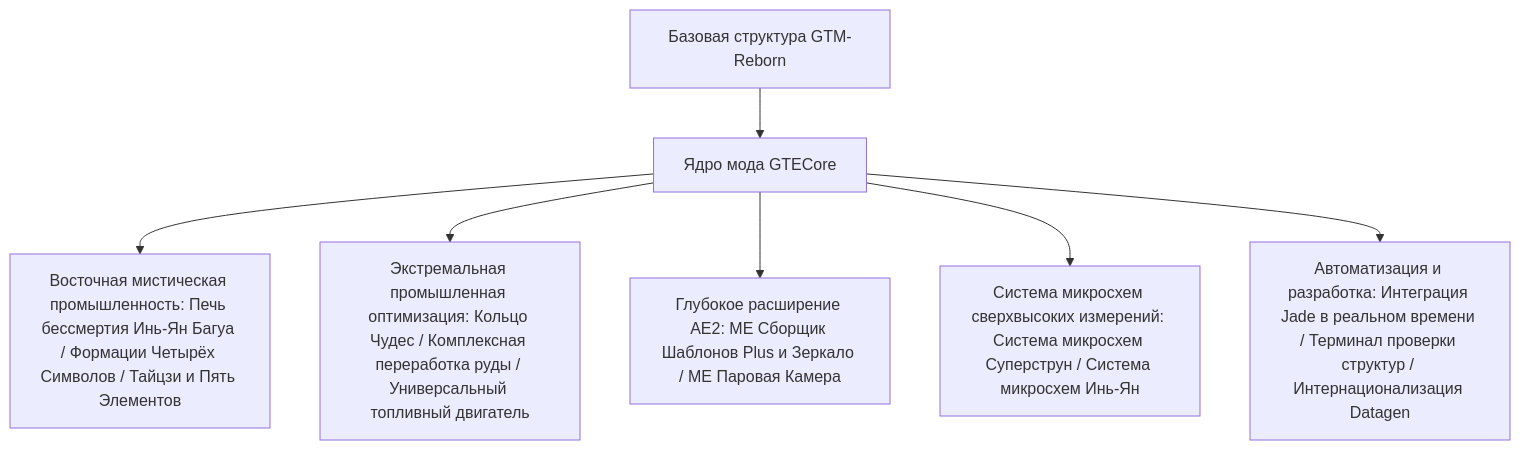
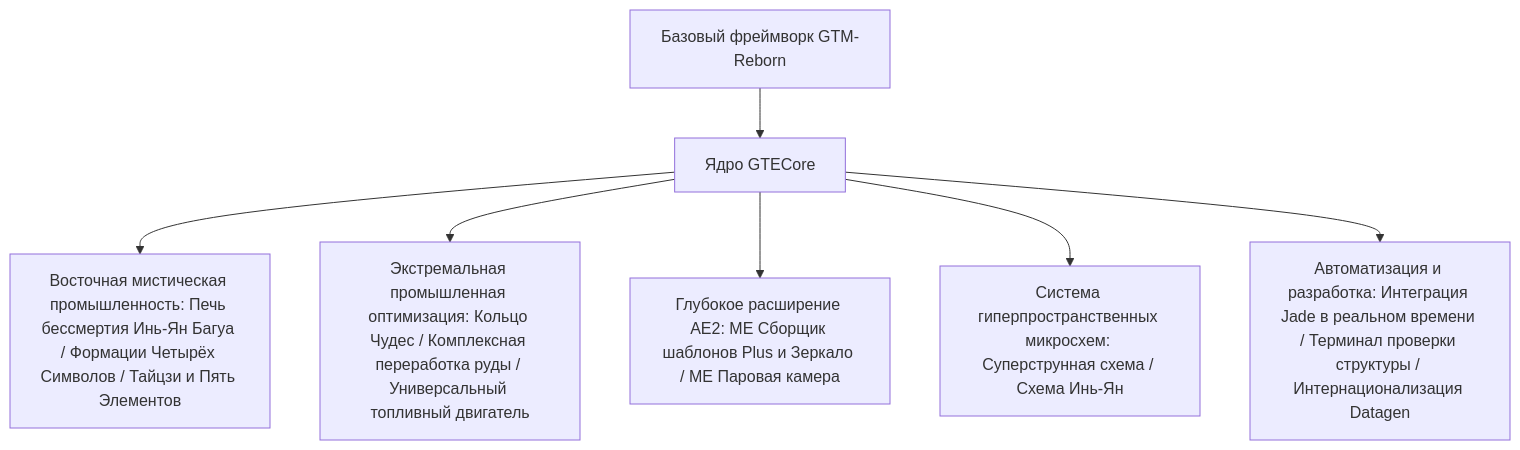
Before and after one commit to takanashisatou/GregtechEasy: the diagram in docs/ru/gtecore/overview.md, drawn with Mermaid. The commit also changed other lines of this file and 138 other files, not shown here.

````diff
--- a/docs/ru/gtecore/overview.md
+++ b/docs/ru/gtecore/overview.md
@@ -9,9 +9,9 @@
 ```mermaid
 graph TD
-    A[Базовая структура GTM-Reborn] --> B[Ядро мода GTECore]
+    A[Базовый фреймворк GTM-Reborn] --> B[Ядро GTECore]
     B --> C[Восточная мистическая промышленность: Печь бессмертия Инь-Ян Багуа / Формации Четырёх Символов / Тайцзи и Пять Элементов]
     B --> D[Экстремальная промышленная оптимизация: Кольцо Чудес / Комплексная переработка руды / Универсальный топливный двигатель]
-    B --> E[Глубокое расширение AE2: ME Сборщик Шаблонов Plus и Зеркало / ME Паровая Камера]
-    B --> F[Система микросхем сверхвысоких измерений: Система микросхем Суперструн / Система микросхем Инь-Ян]
-    B --> G[Автоматизация и разработка: Интеграция Jade в реальном времени / Терминал проверки структур / Интернационализация Datagen]
+    B --> E[Глубокое расширение AE2: ME Сборщик шаблонов Plus и Зеркало / ME Паровая камера]
+    B --> F[Система гиперпространственных микросхем: Суперструнная схема / Схема Инь-Ян]
+    B --> G[Автоматизация и разработка: Интеграция Jade в реальном времени / Терминал проверки структуры / Интернационализация Datagen]
 ```
````
